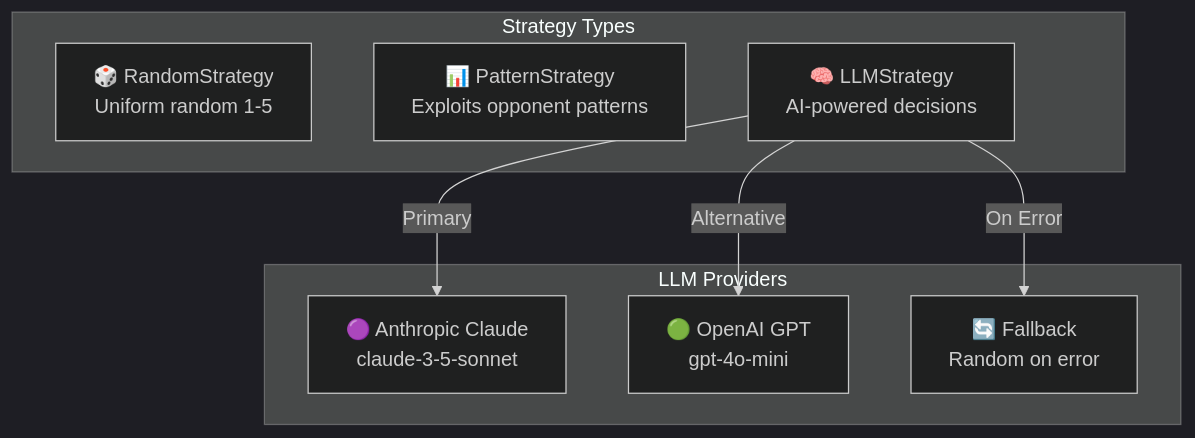
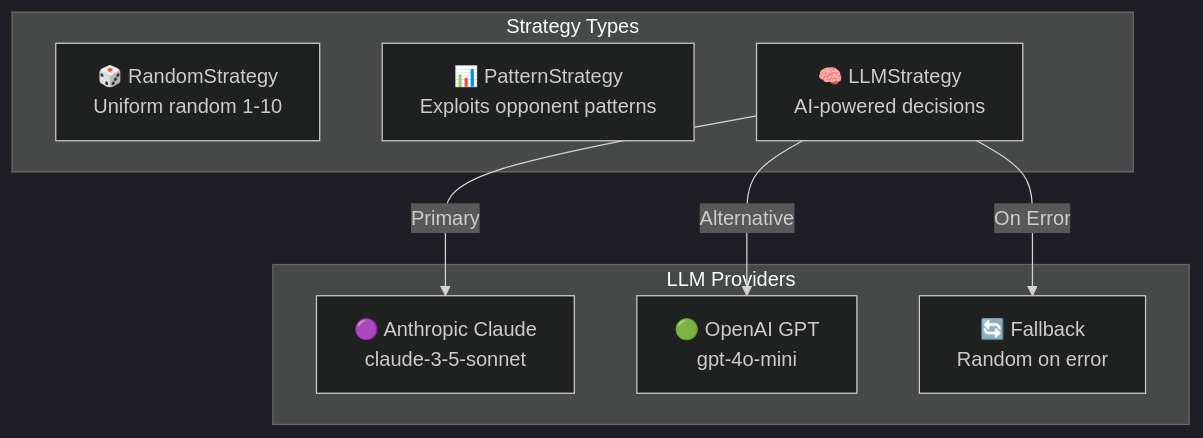
Before and after one commit to fouada/Assignment7_mcp-multi-agent-game: diagram 19 of 19 in README.md, drawn with Mermaid (dark theme). The commit also changed other lines of this file and 2 other files, not shown here.

````diff
--- a/README.md
+++ b/README.md
@@ -981,18 +1048,18 @@
 ```mermaid
 graph TB
     subgraph "Strategy Types"
-        RANDOM[🎲 RandomStrategy<br/>Uniform random 1-5]
+        RANDOM[🎲 RandomStrategy<br/>Uniform random 1-10]
         PATTERN[📊 PatternStrategy<br/>Exploits opponent patterns]
         LLM[🧠 LLMStrategy<br/>AI-powered decisions]
     end
     
     subgraph "LLM Providers"
         ANTHROPIC[🟣 Anthropic Claude<br/>claude-3-5-sonnet]
         OPENAI[🟢 OpenAI GPT<br/>gpt-4o-mini]
         FALLBACK[🔄 Fallback<br/>Random on error]
     end
     
     LLM -->|Primary| ANTHROPIC
     LLM -->|Alternative| OPENAI
     LLM -->|On Error| FALLBACK
 ```
````
